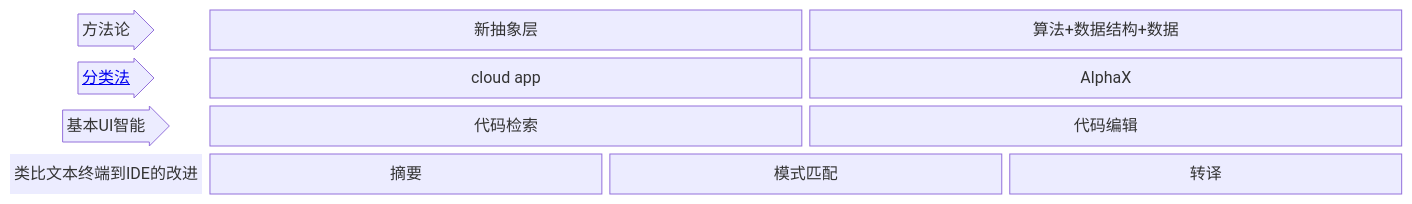
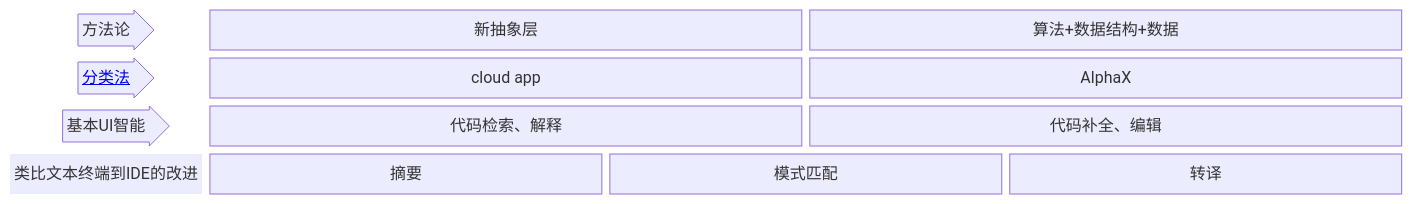
One commit to AI-LLM/ai4se_white_paper changed the diagram in README.md. Above: the diagram before and after it, drawn with Mermaid.

````diff
--- a/README.md
+++ b/README.md
@@ -3,19 +3,19 @@
 ```mermaid
 block-beta
   columns 7
 
     A<["方法论"]>(right):1
     B["新抽象层"]:3
     C["算法+数据结构+数据"]:3
     D<["<a href='https://ai-llm.github.io/ai4se_white_paper/taxonomy/index.html'>分类法</a>"]>(right)
     E["cloud app"]:3
     F["AlphaX"]:3
     G<["基本UI智能"]>(right):1
-    H["代码检索"]:3
-    I["代码编辑"]:3
+    H["代码检索、解释"]:3
+    I["代码补全、编辑"]:3
     comment1["类比文本终端到IDE的改进"]
     style comment1 fill:rgb(0,0,0,0),stroke:rgb(0,0,0,0),stroke-width:0
     K["摘要"]:2
     J["模式匹配"]:2
     L["转译"]:2
 ```
````
